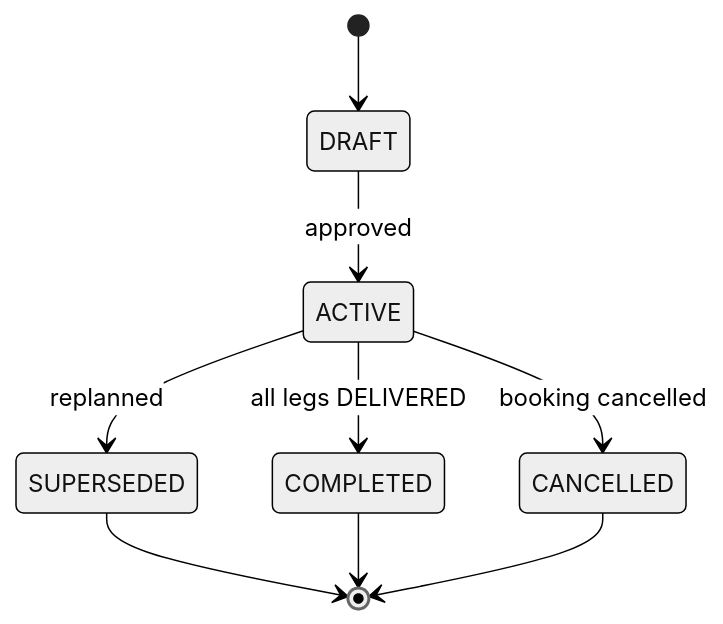
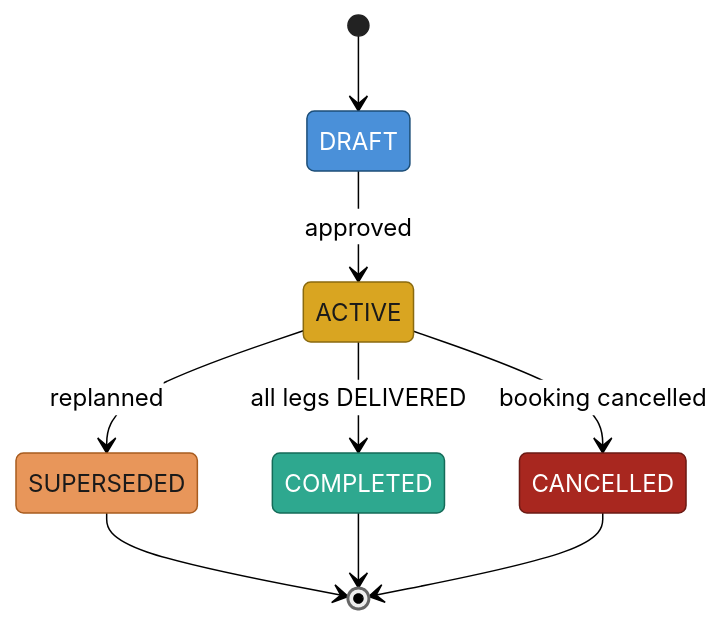
One commit to Pratyush576/CodingPractice changed diagram 11 of 36 in lib/src/main/java/org/pk/practices/design/supplychain/DESIGN.md. Above: the diagram before and after it, drawn with Mermaid (neutral theme). The commit also changed other lines of this file and 5 other files, not shown here.

Commit message:
Enhanced the diagrams

````diff
--- a/lib/src/main/java/org/pk/practices/design/supplychain/DESIGN.md
+++ b/lib/src/main/java/org/pk/practices/design/supplychain/DESIGN.md
@@ -1112,11 +1198,22 @@
 ```mermaid
 stateDiagram-v2
     [*] --> DRAFT
     DRAFT --> ACTIVE : approved
     ACTIVE --> SUPERSEDED : replanned
     SUPERSEDED --> [*]
     ACTIVE --> COMPLETED : all legs DELIVERED
     ACTIVE --> CANCELLED : booking cancelled
     COMPLETED --> [*]
     CANCELLED --> [*]
+
+    classDef early fill:#4a90d9,stroke:#1c4e78,color:#ffffff
+    classDef active fill:#d9a521,stroke:#8a6a0f,color:#1a1a1a
+    classDef superseded fill:#e8965a,stroke:#a85c1f,color:#1a1a1a
+    classDef success fill:#2ea88f,stroke:#146b58,color:#ffffff
+    classDef terminalFail fill:#a8271f,stroke:#6b1a14,color:#ffffff
+    class DRAFT early
+    class ACTIVE active
+    class SUPERSEDED superseded
+    class COMPLETED success
+    class CANCELLED terminalFail
 ```
````
